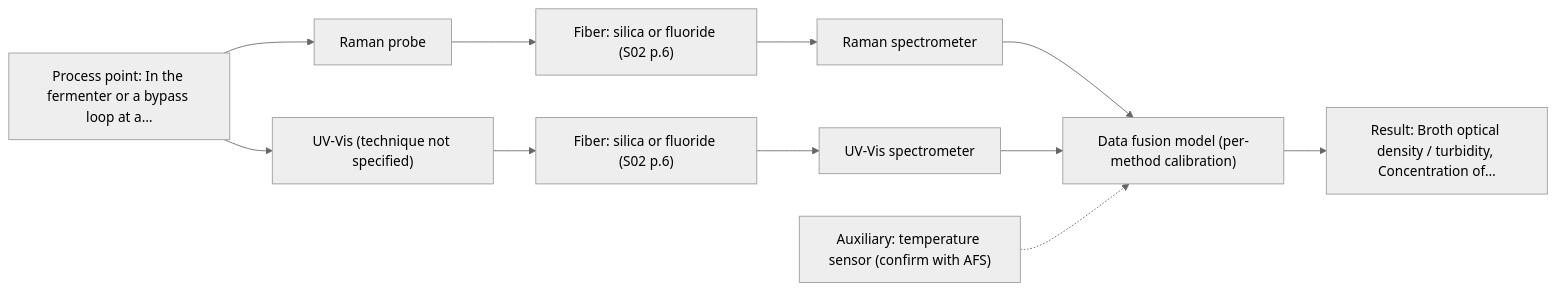
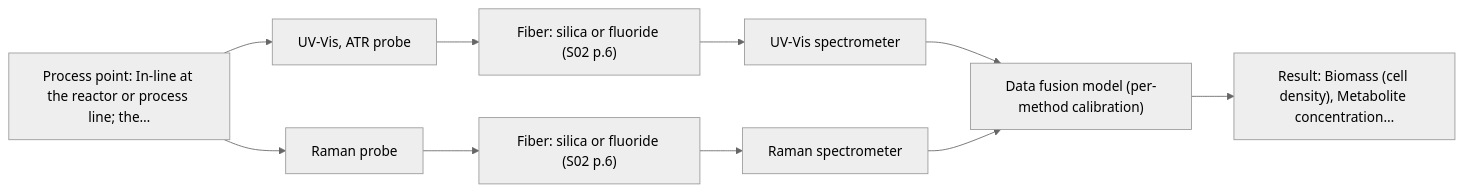
Before and after one commit to sleipnir029/Afs-Spectroscopy-Assistant: the second of 2 diagrams in outputs/dev/D05.md, drawn with Mermaid (neutral theme). The commit also changed other lines of this file and 15 other files, not shown here.

Commit message:
Phase 4 dev outputs (--external=live, code f6538ee): 8/8 pass, 0 hard failures, 227/227 citations, replay 8/8 equal, 15/15 charts, 8/8 cost

````diff
--- a/outputs/dev/D05.md
+++ b/outputs/dev/D05.md
@@ -85,23 +94,21 @@
 ```mermaid
 flowchart LR
-    proc["Process point: In the fermenter or a bypass loop at a…"]
-    probe1["Raman probe"]
+    proc["Process point: In-line at the reactor or process line; the…"]
+    probe1["UV-Vis, ATR probe"]
     fiber1["Fiber: silica or fluoride (S02 p.6)"]
-    spec1["Raman spectrometer"]
-    probe2["UV-Vis (technique not specified)"]
+    spec1["UV-Vis spectrometer"]
+    probe2["Raman probe"]
     fiber2["Fiber: silica or fluoride (S02 p.6)"]
-    spec2["UV-Vis spectrometer"]
+    spec2["Raman spectrometer"]
     model["Data fusion model (per-method calibration)"]
-    result["Result: Broth optical density / turbidity, Concentration of…"]
-    aux1["Auxiliary: temperature sensor (confirm with AFS)"]
+    result["Result: Biomass (cell density), Metabolite concentration…"]
     proc --> probe1
     probe1 --> fiber1
     fiber1 --> spec1
     spec1 --> model
     proc --> probe2
     probe2 --> fiber2
     fiber2 --> spec2
     spec2 --> model
     model --> result
-    aux1 -.-> model
 ```
````
